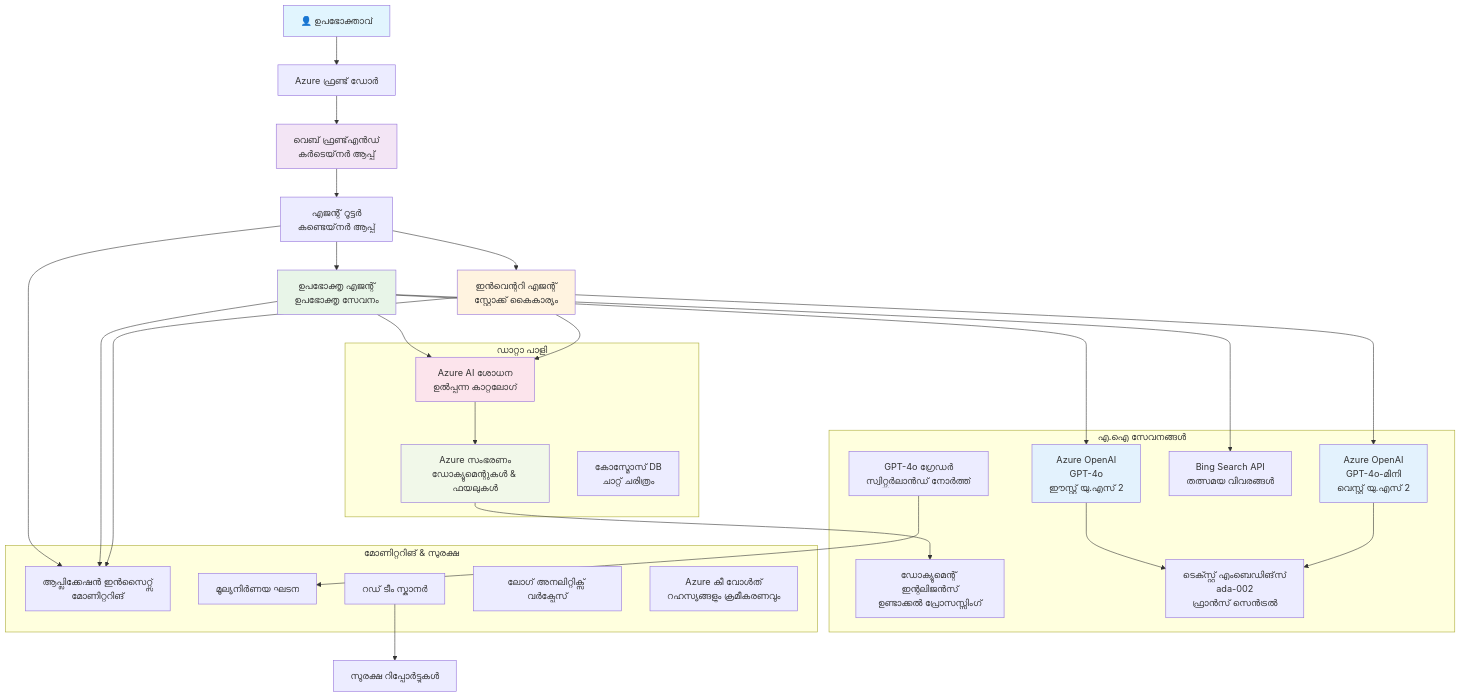
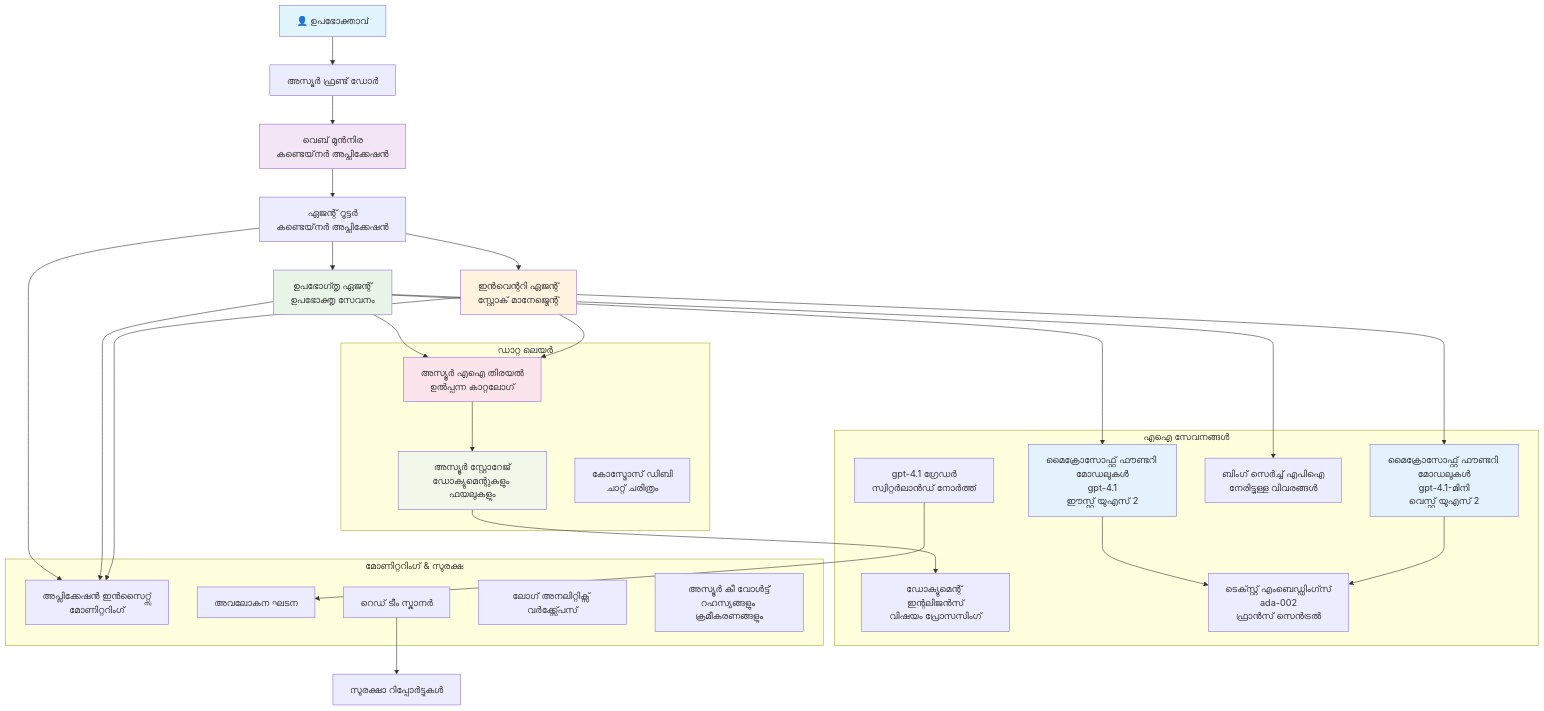
One commit to microsoft/AZD-for-beginners changed the diagram in translations/ml/examples/retail-scenario.md. Above: the diagram before and after it, drawn with Mermaid. The commit also changed other lines of this file and 102 other files, not shown here.

````diff
--- a/translations/ml/examples/retail-scenario.md
+++ b/translations/ml/examples/retail-scenario.md
@@ -139,61 +139,61 @@
 ```mermaid
 graph TB
-    User[👤 ഉപഭോക്താവ്] --> LB[Azure ഫ്രണ്ട് ഡോർ]
-    LB --> WebApp[വെബ് ഫ്രണ്ട്‌എൻഡ്<br/>കർടെയ്‌നർ ആപ്പ്]
+    User[👤 ഉപഭോക്താവ്] --> LB[അസ്യൂർ ഫ്രണ്ട് ഡോർ]
+    LB --> WebApp[വെബ് മുൻനിര<br/>കണ്ടെയ്‌നർ അപ്ലിക്കേഷൻ]
     
-    WebApp --> Router[എജന്റ് റൂട്ടർ<br/>കണ്ടെയ്‌നർ ആപ്പ്]
-    Router --> CustomerAgent[ഉപഭോക്തൃ എജന്റ്<br/>ഉപഭോക്തൃ സേവനം]
-    Router --> InvAgent[ഇൻവെന്ററി എജന്റ്<br/>സ്റ്റോക്ക് കൈകാര്യം]
+    WebApp --> Router[ഏജന്റ് റൂട്ടർ<br/>കണ്ടെയ്‌നർ അപ്ലിക്കേഷൻ]
+    Router --> CustomerAgent[ഉപഭോഗ്തൃ ഏജന്റ്<br/>ഉപഭോക്തൃ സേവനം]
+    Router --> InvAgent[ഇൻ‌വെന്ററി ഏജന്റ്<br/>സ്റ്റോക് മാനേജ്മെന്റ്]
     
-    CustomerAgent --> OpenAI1[Azure OpenAI<br/>GPT-4o<br/>ഈസ്റ്റ് യു.എസ് 2]
-    InvAgent --> OpenAI2[Azure OpenAI<br/>GPT-4o-മിനി<br/>വെസ്റ്റ് യു.എസ് 2]
+    CustomerAgent --> OpenAI1[മൈക്രോസോഫ്റ്റ് ഫൗണ്ടറി മോഡലുകൾ<br/>gpt-4.1<br/>ഈസ്റ്റ് യുഎസ് 2]
+    InvAgent --> OpenAI2[മൈക്രോസോഫ്റ്റ് ഫൗണ്ടറി മോഡലുകൾ<br/>gpt-4.1-മിനി<br/>വെസ്റ്റ് യുഎസ് 2]
     
-    CustomerAgent --> AISearch[Azure AI ശോധന<br/>ഉൽപ്പന്ന കാറ്റലോഗ്]
-    CustomerAgent --> BingSearch[Bing Search API<br/>തത്സമയ വിവരങ്ങൾ]
+    CustomerAgent --> AISearch[അസ്യൂർ എഐ തിരയല്‍<br/>ഉൽപ്പന്ന കാറ്റലോഗ്]
+    CustomerAgent --> BingSearch[ബിംഗ് സെർച്ച് എപി‌ഐ<br/>നേരിട്ടുള്ള വിവരങ്ങൾ]
     InvAgent --> AISearch
     
-    AISearch --> Storage[Azure സംഭരണം<br/>ഡോക്യുമെന്റുകൾ & ഫയലുകൾ]
-    Storage --> DocIntel[ഡോക്യുമെന്റ് ഇന്റലിജൻസ്<br/>ഉണ്ടാക്കൽ പ്രോസസ്സിംഗ്]
+    AISearch --> Storage[അസ്യൂർ സ്റ്റോറേജ്<br/>ഡോക്യുമെന്റുകളും ഫയലുകളും]
+    Storage --> DocIntel[ഡോക്യുമെന്റ് ഇന്റലിജൻസ്<br/>വിഷയം പ്രോസസിംഗ്]
     
-    OpenAI1 --> Embeddings[ടെക്സ്റ്റ് എംബെഡിങ്‌സ്<br/>ada-002<br/>ഫ്രാൻസ് സെൻട്രൽ]
+    OpenAI1 --> Embeddings[ടെക്സ്റ്റ് എംബെഡ്ഡിംഗ്സ്<br/>ada-002<br/>ഫ്രാൻസ് സെൻട്രൽ]
     OpenAI2 --> Embeddings
     
-    Router --> AppInsights[ആപ്ലിക്കേഷൻ ഇൻസൈറ്റ്സ്<br/>മോണിറ്ററിങ്]
+    Router --> AppInsights[അപ്ലിക്കേഷൻ ഇൻസൈറ്റ്സ്<br/>മോണിറ്ററിംഗ്]
     CustomerAgent --> AppInsights
     InvAgent --> AppInsights
     
-    GraderModel[GPT-4o ഗ്രേഡർ<br/>സ്വിറ്റ്സർലാൻഡ് നോർത്ത്] --> Evaluation[മൂല്യനിർണയ ഘടന]
-    RedTeam[റഡ് ടീം സ്കാനർ] --> SecurityReports[സുരക്ഷ റിപ്പോർട്ടുകൾ]
+    GraderModel[gpt-4.1 ഗ്രേഡർ<br/>സ്വിറ്റ്സർലാൻഡ് നോർത്ത്] --> Evaluation[അവലോകന ഘടന]
+    RedTeam[റെഡ് ടീം സ്കാനർ] --> SecurityReports[സുരക്ഷാ റിപ്പോർട്ടുകൾ]
     
-    subgraph "ഡാറ്റാ പാളി"
+    subgraph "ഡാറ്റ ലെയർ"
         Storage
         AISearch
-        CosmosDB[കോസ്മോസ് DB<br/>ചാറ്റ് ചരിത്രം]
+        CosmosDB[കോസ്മോസ് ഡിബി<br/>ചാറ്റ് ചരിത്രം]
     end
     
-    subgraph "എ.ഐ സേവനങ്ങൾ"
+    subgraph "എഐ സേവനങ്ങൾ"
         OpenAI1
         OpenAI2
         Embeddings
         GraderModel
         DocIntel
         BingSearch
     end
     
-    subgraph "മോണിറ്ററിങ് & സുരക്ഷ"
+    subgraph "മോണിറ്ററിംഗ് & സുരക്ഷ"
         AppInsights
-        LogAnalytics[ലോഗ് അനലിറ്റിക്സ് വർക്പ്ലേസ്]
-        KeyVault[Azure കീ വോൾത്<br/>റഹസ്യങ്ങളും ക്രമീകരണവും]
+        LogAnalytics[ലോഗ് അനലിറ്റിക്സ് വര്‍ക്ക്സ്പേസ്]
+        KeyVault[അസ്യൂർ കീ വോൾട്ട്<br/>റഹസ്യങ്ങളും ക്രമീകരണങ്ങളും]
         RedTeam
         Evaluation
     end
     
     style User fill:#e1f5fe
     style WebApp fill:#f3e5f5
     style CustomerAgent fill:#e8f5e8
     style InvAgent fill:#fff3e0
     style OpenAI1 fill:#e3f2fd
     style OpenAI2 fill:#e3f2fd
     style AISearch fill:#fce4ec
     style Storage fill:#f1f8e9
 ```  
````
